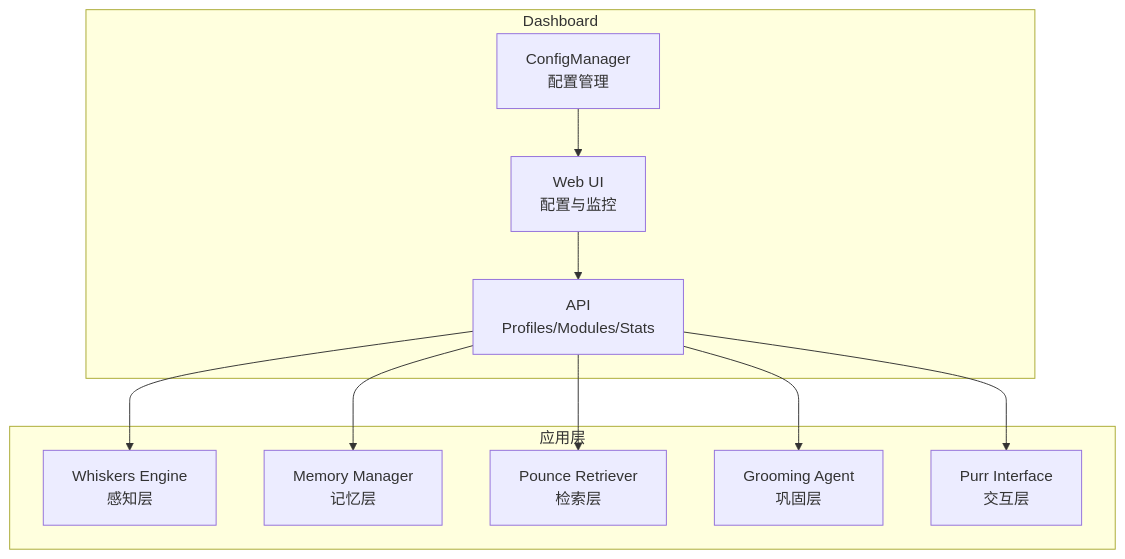
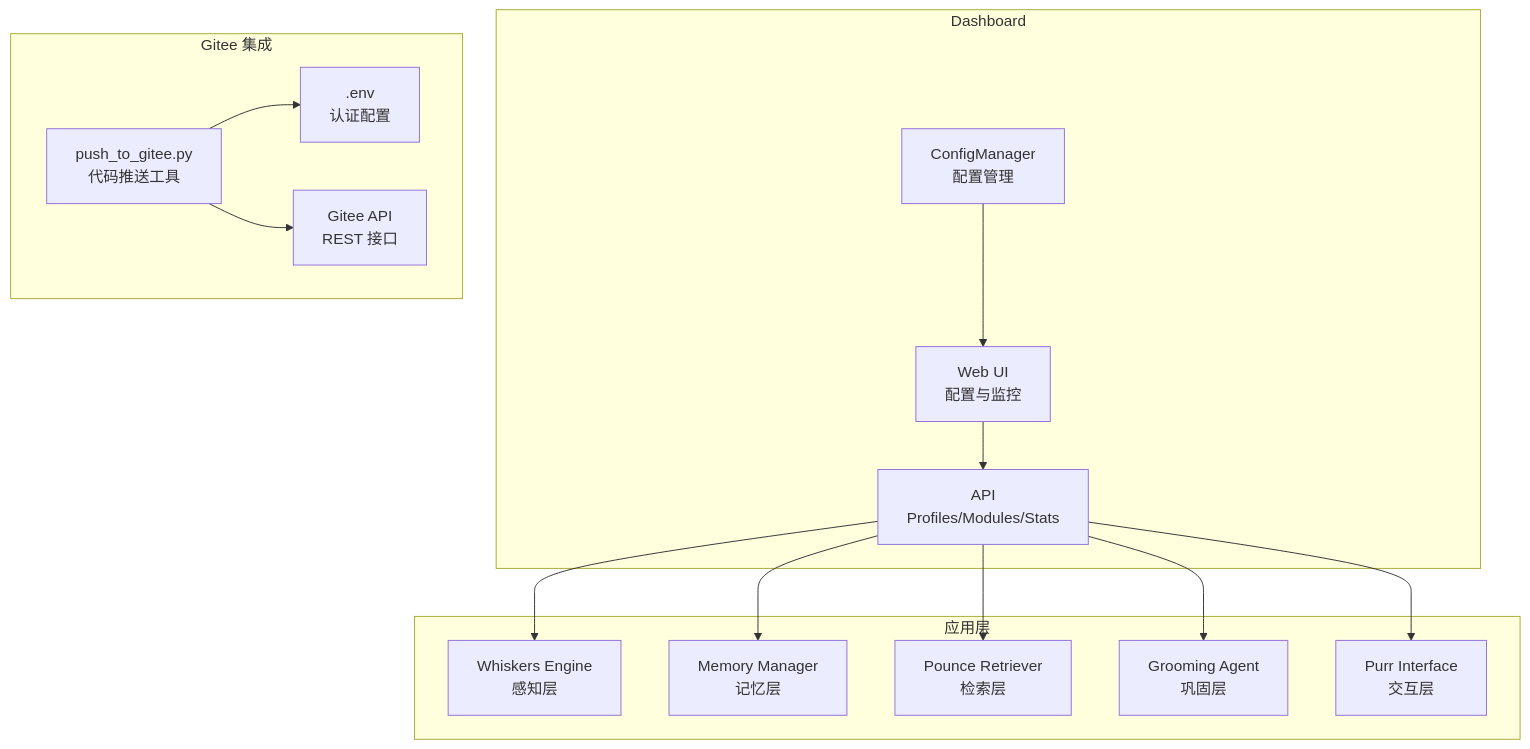
Before and after one commit to JieGaoPrinceton/NecoRAG: the second of 3 diagrams in .qoder/repowiki/zh/content/安装与配置.md, drawn with Mermaid. The commit also changed other lines of this file and 3 other files, not shown here.

````diff
--- a/.qoder/repowiki/zh/content/安装与配置.md
+++ b/.qoder/repowiki/zh/content/安装与配置.md
@@ -84,22 +89,29 @@
 ```mermaid
 graph TB
 subgraph "Dashboard"
 D1["ConfigManager<br/>配置管理"]
 D2["Web UI<br/>配置与监控"]
 D3["API<br/>Profiles/Modules/Stats"]
+end
+subgraph "Gitee 集成"
+G1["push_to_gitee.py<br/>代码推送工具"]
+G2[".env<br/>认证配置"]
+G3["Gitee API<br/>REST 接口"]
 end
 subgraph "应用层"
 W["Whiskers Engine<br/>感知层"]
 M["Memory Manager<br/>记忆层"]
 R["Pounce Retriever<br/>检索层"]
 G["Grooming Agent<br/>巩固层"]
 P["Purr Interface<br/>交互层"]
 end
 D1 --> D2
 D2 --> D3
 D3 --> W
 D3 --> M
 D3 --> R
 D3 --> G
 D3 --> P
+G1 --> G2
+G1 --> G3
 ```
````
